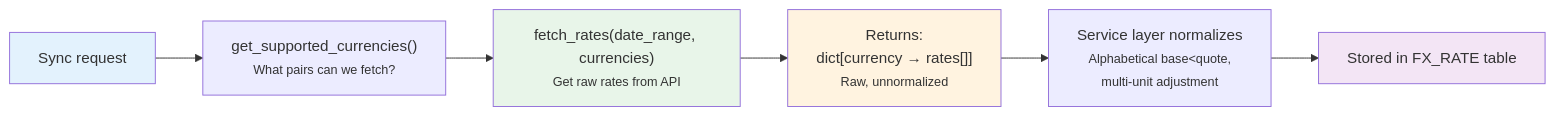
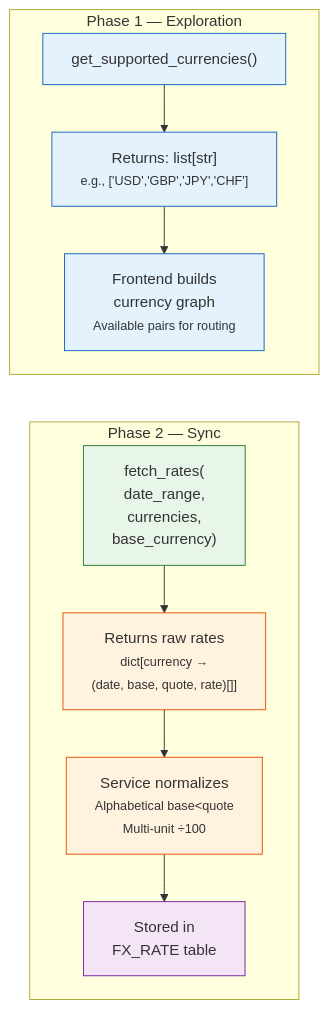
The diagram in mkdocs_src/docs/developer/architecture/patterns/fx_plugin_guide.md (Librefolio/LibreFolio), drawn with Mermaid before and after one commit. The commit also changed other lines of this file and 16 other files, not shown here.

First line of the commit message:
docs: fix gallery settings bug, split UI Base & Broker diagrams, add Asset Search to plugin guides

````diff
--- a/mkdocs_src/docs/developer/architecture/patterns/fx_plugin_guide.md
+++ b/mkdocs_src/docs/developer/architecture/patterns/fx_plugin_guide.md
@@ -13,13 +15,23 @@
 ```mermaid
-graph LR
-    SYNC["Sync request"] --> CURR["get_supported_currencies()<br/><small>What pairs can we fetch?</small>"]
-    CURR --> FETCH["fetch_rates(date_range, currencies)<br/><small>Get raw rates from API</small>"]
-    FETCH --> RAW["Returns:<br/>dict[currency → rates[]]<br/><small>Raw, unnormalized</small>"]
-    RAW --> NORM["Service layer normalizes<br/><small>Alphabetical base&lt;quote,<br/>multi-unit adjustment</small>"]
-    NORM --> DB["Stored in FX_RATE table"]
+graph TD
+    subgraph "Phase 1 — Exploration"
+        E1["get_supported_currencies()"] --> E2["Returns: list[str]<br/><small>e.g., ['USD','GBP','JPY','CHF']</small>"]
+        E2 --> E3["Frontend builds<br/>currency graph<br/><small>Available pairs for routing</small>"]
+    end
 
-    style SYNC fill:#e3f2fd
-    style FETCH fill:#e8f5e9
-    style RAW fill:#fff3e0
-    style DB fill:#f3e5f5
+    subgraph "Phase 2 — Sync"
+        S1["fetch_rates(<br/>date_range,<br/>currencies,<br/>base_currency)"] --> S2["Returns raw rates<br/><small>dict[currency →<br/>(date, base, quote, rate)[]]</small>"]
+        S2 --> S3["Service normalizes<br/><small>Alphabetical base&lt;quote<br/>Multi-unit ÷100</small>"]
+        S3 --> S4["Stored in<br/>FX_RATE table"]
+    end
+
+    E3 ~~~ S1
+
+    style E1 fill:#e3f2fd,stroke:#1565c0
+    style E2 fill:#e3f2fd,stroke:#1565c0
+    style E3 fill:#e3f2fd,stroke:#1565c0
+    style S1 fill:#e8f5e9,stroke:#2e7d32
+    style S2 fill:#fff3e0,stroke:#e65100
+    style S3 fill:#fff3e0,stroke:#e65100
+    style S4 fill:#f3e5f5,stroke:#7b1fa2
 ```
````
